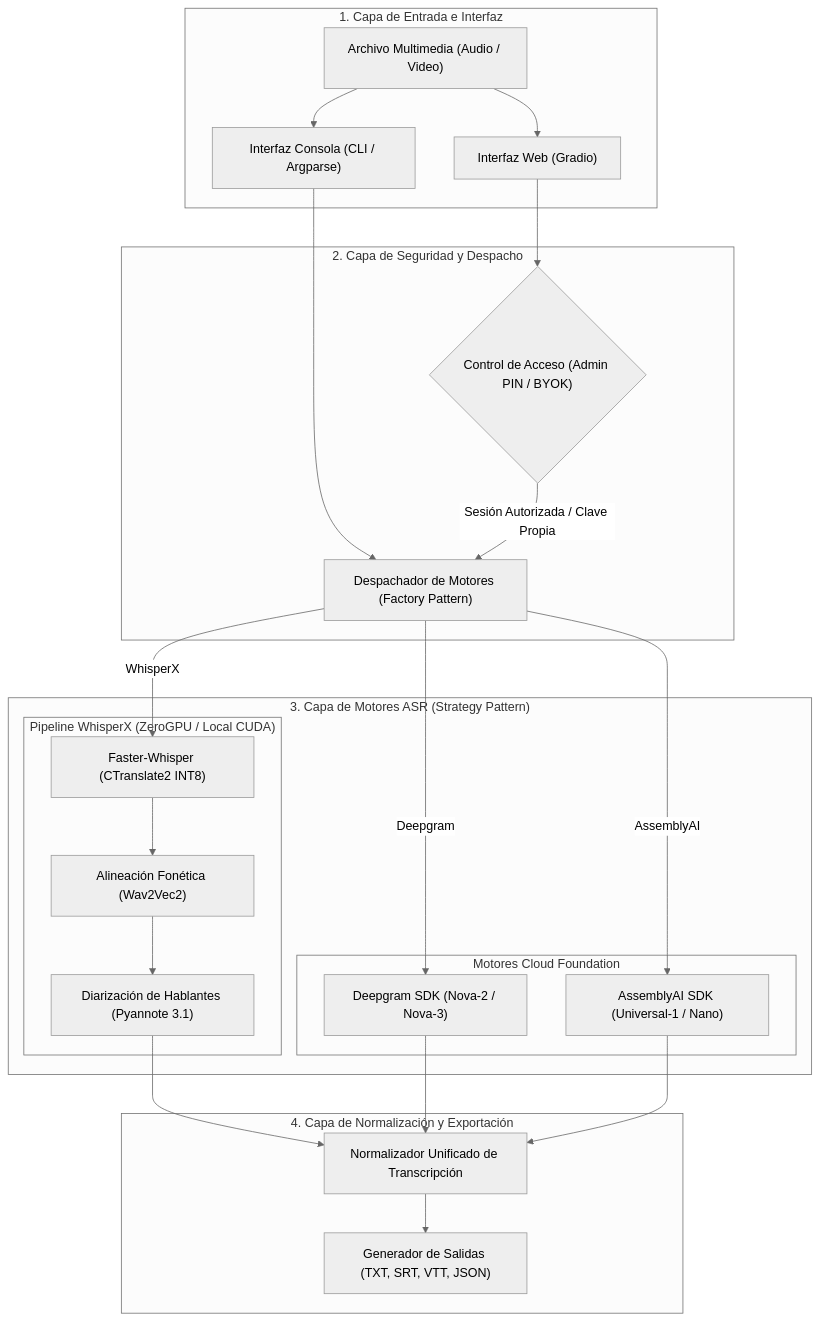
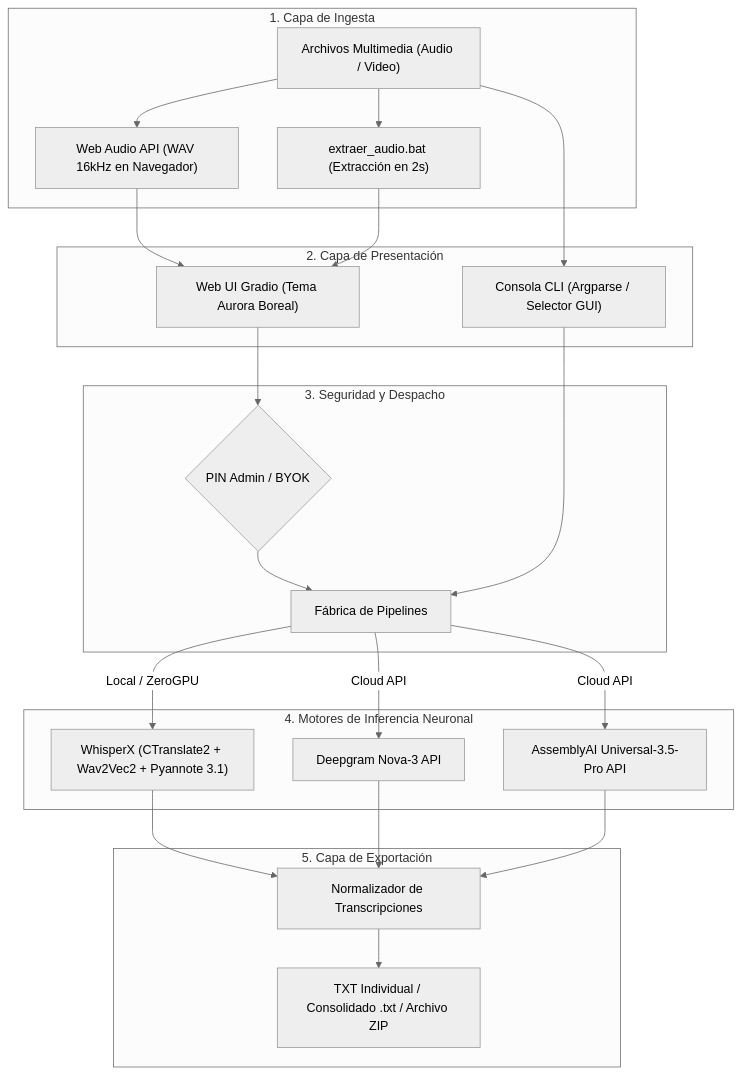
The diagram in README.es.md (Klopezxd/transcriptor-suite), drawn with Mermaid (neutral theme) before and after one commit. The commit also changed other lines of this file and 3 other files, not shown here.

````diff
--- a/README.es.md
+++ b/README.es.md
@@ -102,46 +93,43 @@
 ```mermaid
 flowchart TD
-    subgraph Ingestion ["1. Capa de Entrada e Interfaz"]
-        Audio["Archivo Multimedia (Audio / Video)"]
-        WebUI["Interfaz Web (Gradio)"]
-        CLI["Interfaz Consola (CLI / Argparse)"]
-        Audio --> WebUI
-        Audio --> CLI
+    subgraph Entrada ["1. Capa de Ingesta"]
+        Media["Archivos Multimedia (Audio / Video)"]
+        Bat["extraer_audio.bat (Extracción en 2s)"]
+        WebOpt["Web Audio API (WAV 16kHz en Navegador)"]
+        Media --> Bat
+        Media --> WebOpt
     end
 
-    subgraph Core ["2. Capa de Seguridad y Despacho"]
-        AuthGuard{"Control de Acceso (Admin PIN / BYOK)"}
-        Dispatcher["Despachador de Motores (Factory Pattern)"]
-        WebUI --> AuthGuard
-        CLI --> Dispatcher
-        AuthGuard -->|"Sesión Autorizada / Clave Propia"| Dispatcher
+    subgraph Interfaz ["2. Capa de Presentación"]
+        WebUI["Web UI Gradio (Tema Aurora Boreal)"]
+        CLI["Consola CLI (Argparse / Selector GUI)"]
+        WebOpt --> WebUI
+        Bat --> WebUI
+        Media --> CLI
     end
 
-    subgraph Engines ["3. Capa de Motores ASR (Strategy Pattern)"]
-        subgraph LocalPipeline ["Pipeline WhisperX (ZeroGPU / Local CUDA)"]
-            ASR["Faster-Whisper (CTranslate2 INT8)"]
-            Align["Alineación Fonética (Wav2Vec2)"]
-            Diarize["Diarización de Hablantes (Pyannote 3.1)"]
-            ASR --> Align --> Diarize
-        end
-
-        subgraph CloudPipeline ["Motores Cloud Foundation"]
-            Deepgram["Deepgram SDK (Nova-2 / Nova-3)"]
-            Assembly["AssemblyAI SDK (Universal-1 / Nano)"]
-        end
-
-        Dispatcher -->|"WhisperX"| ASR
-        Dispatcher -->|"Deepgram"| Deepgram
-        Dispatcher -->|"AssemblyAI"| Assembly
+    subgraph Control ["3. Seguridad y Despacho"]
+        AuthGuard{"PIN Admin / BYOK"}
+        Factory["Fábrica de Pipelines"]
+        WebUI --> AuthGuard --> Factory
+        CLI --> Factory
     end
 
-    subgraph OutputLayer ["4. Capa de Normalización y Exportación"]
-        Normalizer["Normalizador Unificado de Transcripción"]
-        Exporter["Generador de Salidas (TXT, SRT, VTT, JSON)"]
-        
-        Diarize --> Normalizer
-        Deepgram --> Normalizer
-        Assembly --> Normalizer
-        Normalizer --> Exporter
+    subgraph Motores ["4. Motores de Inferencia Neuronal"]
+        WX["WhisperX (CTranslate2 + Wav2Vec2 + Pyannote 3.1)"]
+        DG["Deepgram Nova-3 API"]
+        AA["AssemblyAI Universal-3.5-Pro API"]
+        Factory -->|"Local / ZeroGPU"| WX
+        Factory -->|"Cloud API"| DG
+        Factory -->|"Cloud API"| AA
+    end
+
+    subgraph Salida ["5. Capa de Exportación"]
+        Normalizer["Normalizador de Transcripciones"]
+        Files["TXT Individual / Consolidado .txt / Archivo ZIP"]
+        WX --> Normalizer
+        DG --> Normalizer
+        AA --> Normalizer
+        Normalizer --> Files
     end
 ```
````
